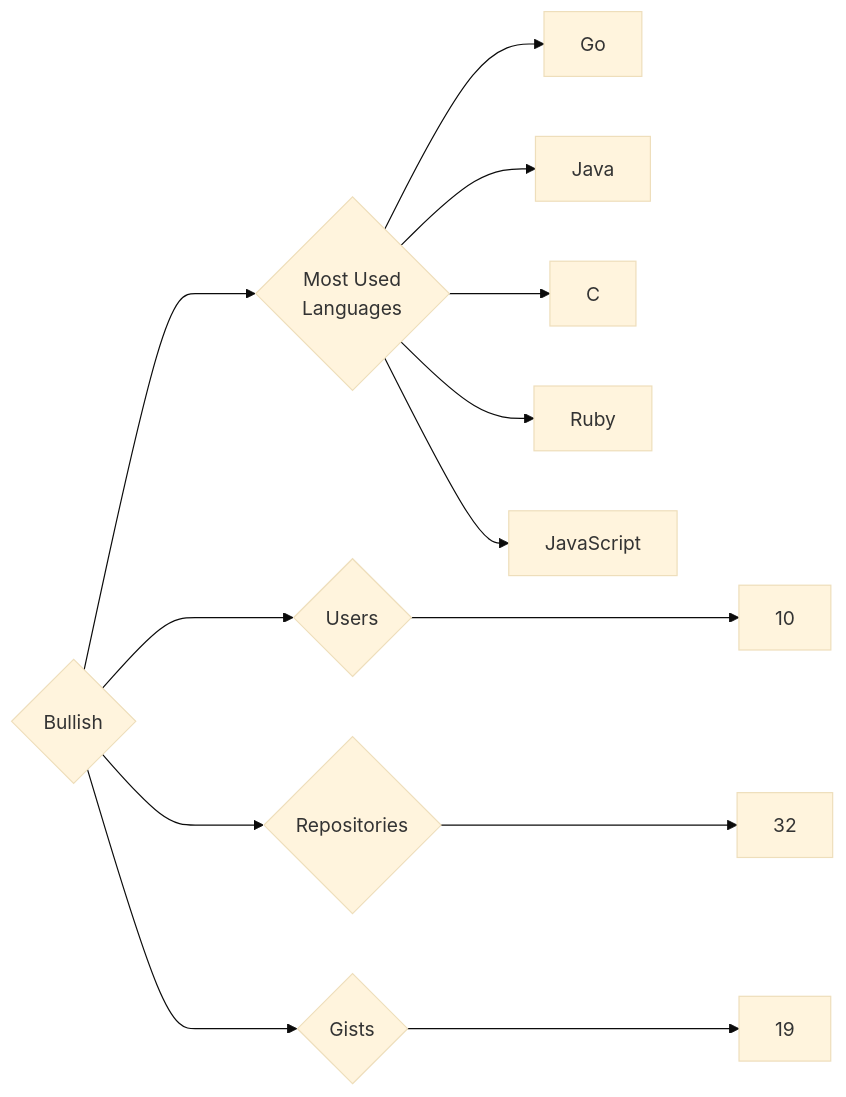
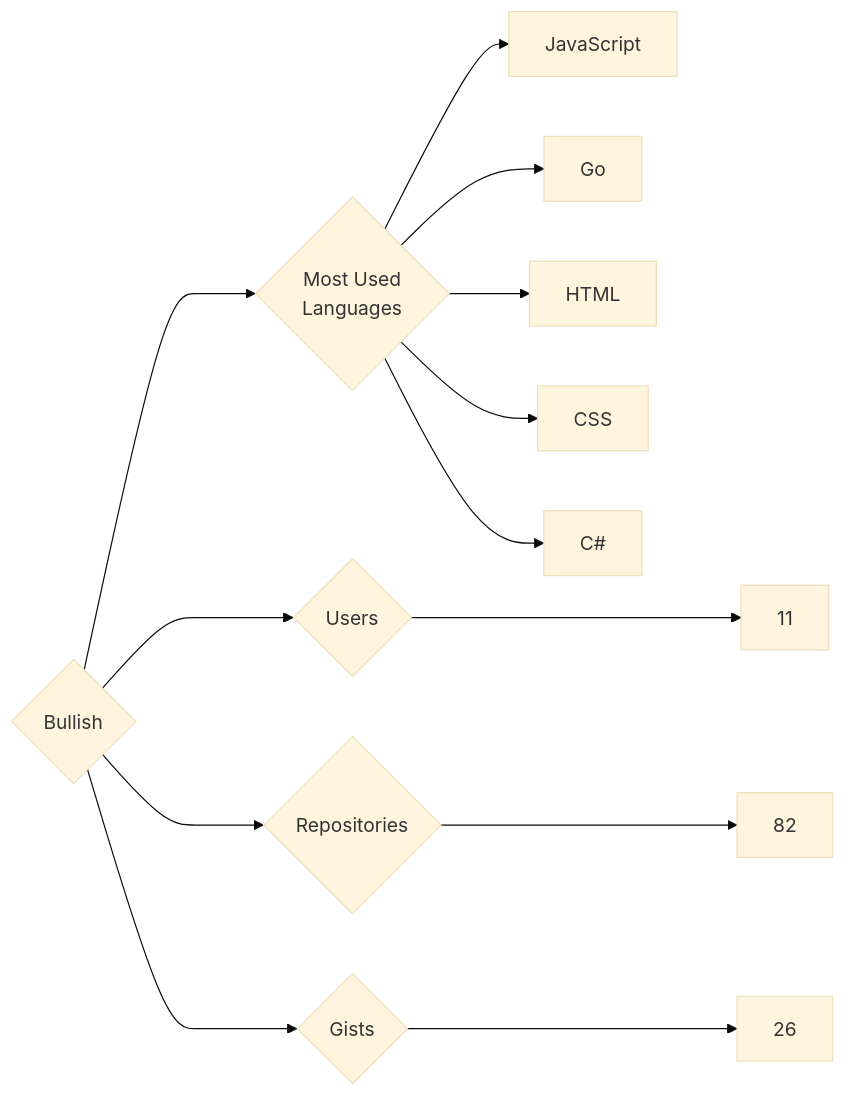
Before and after one commit to trickest/insiders: the diagram in targets/Bullish/README.md, drawn with Mermaid (base theme). The commit also changed 925 other files, not shown here.

````diff
--- a/targets/Bullish/README.md
+++ b/targets/Bullish/README.md
@@ -3,13 +3,13 @@
 ```mermaid
 graph LR
 COMPANY_NAME{Bullish}
-COMPANY_NAME ---> U{Users} ---> UN[10]
-COMPANY_NAME ---> R{Repositories} ---> RN[32]
-COMPANY_NAME ---> G{Gists} ---> GN[19]
+COMPANY_NAME ---> U{Users} ---> UN[11]
+COMPANY_NAME ---> R{Repositories} ---> RN[82]
+COMPANY_NAME ---> G{Gists} ---> GN[26]
 COMPANY_NAME ---> ML{Most Used<br>Languages}
+ML --> JavaScript[JavaScript]
 ML --> Go[Go]
-ML --> Java[Java]
-ML --> C[C]
-ML --> Ruby[Ruby]
-ML --> JavaScript[JavaScript]
+ML --> HTML[HTML]
+ML --> CSS[CSS]
+ML --> C#[C#]
 ```
````
